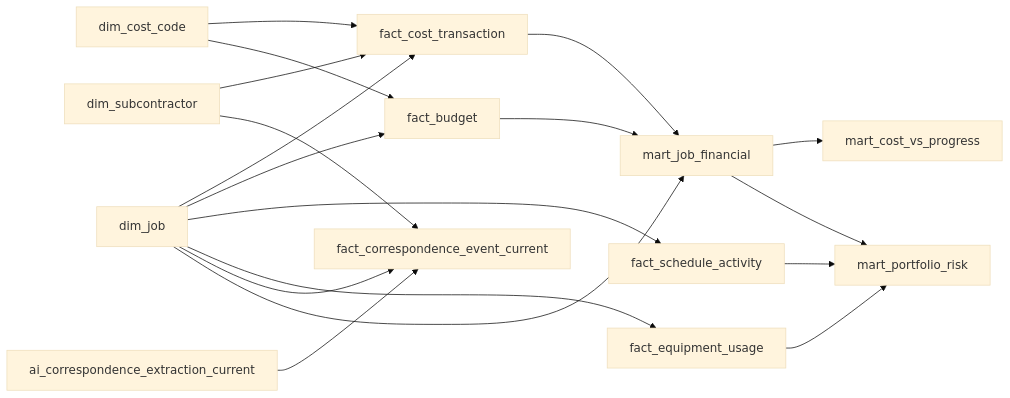
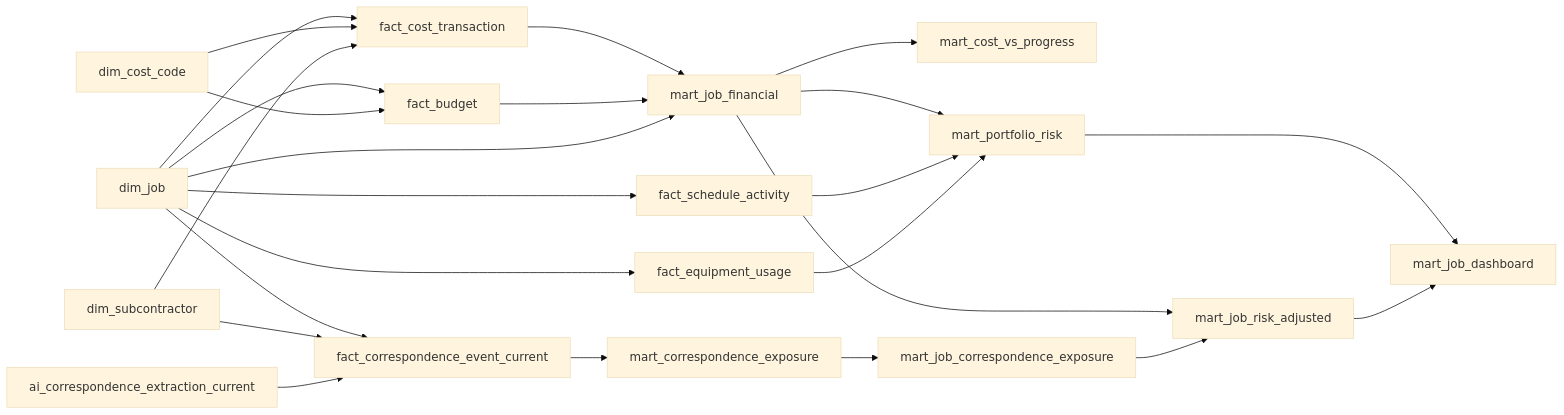
Before and after one commit to ashleykaring/FLINT-technical: the diagram in docs/data-model.md, drawn with Mermaid (base theme). The commit also changed other lines of this file and 42 other files, not shown here.

````diff
--- a/docs/data-model.md
+++ b/docs/data-model.md
@@ -7,20 +7,26 @@
 ```mermaid
 flowchart LR
     DJ[dim_job] --> FC[fact_cost_transaction]
     DC[dim_cost_code] --> FC
     DS[dim_subcontractor] --> FC
     DJ --> FB[fact_budget]
     DC --> FB
     DJ --> FS[fact_schedule_activity]
     DJ --> FE[fact_equipment_usage]
     DJ --> FCE[fact_correspondence_event_current]
     DS --> FCE
     AEC[ai_correspondence_extraction_current] --> FCE
     FC --> MJF[mart_job_financial]
     FB --> MJF
     DJ --> MJF
     MJF --> MCP[mart_cost_vs_progress]
     MJF --> MPR[mart_portfolio_risk]
     FS --> MPR
     FE --> MPR
+    FCE --> MCE[mart_correspondence_exposure]
+    MCE --> MJCE[mart_job_correspondence_exposure]
+    MJF --> MJRA[mart_job_risk_adjusted]
+    MJCE --> MJRA
+    MPR --> MJD[mart_job_dashboard]
+    MJRA --> MJD
 ```
````
